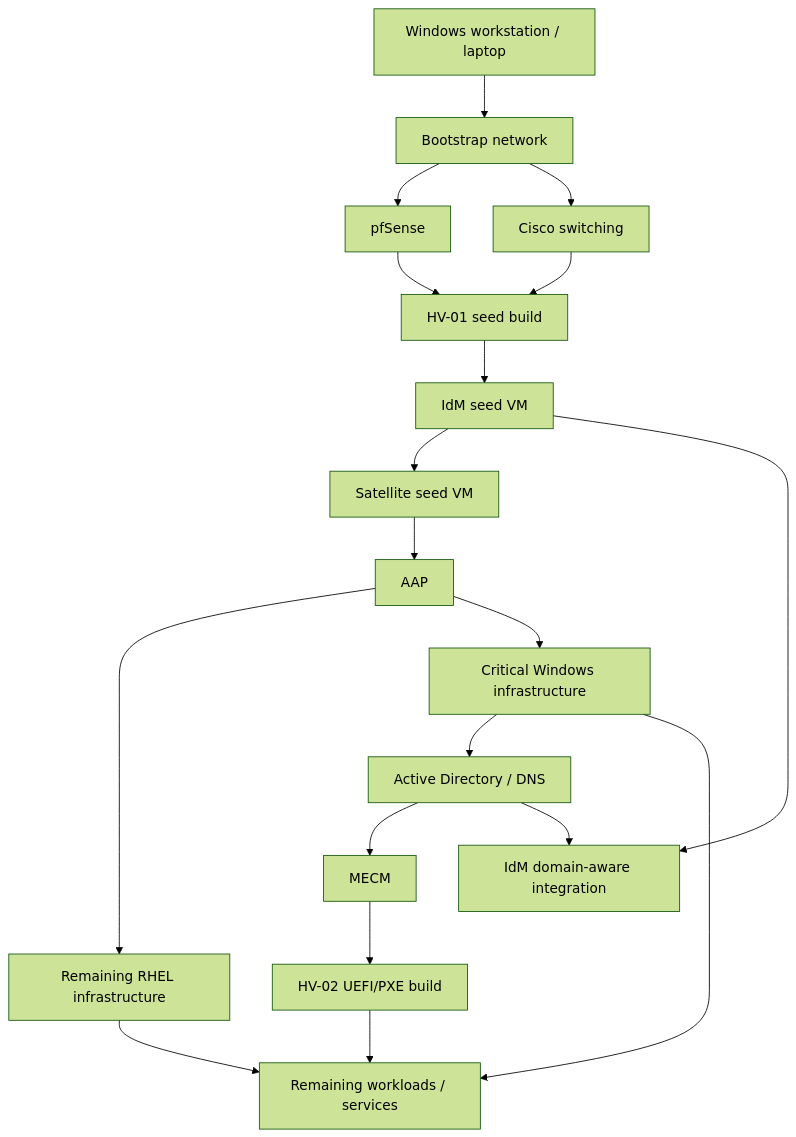
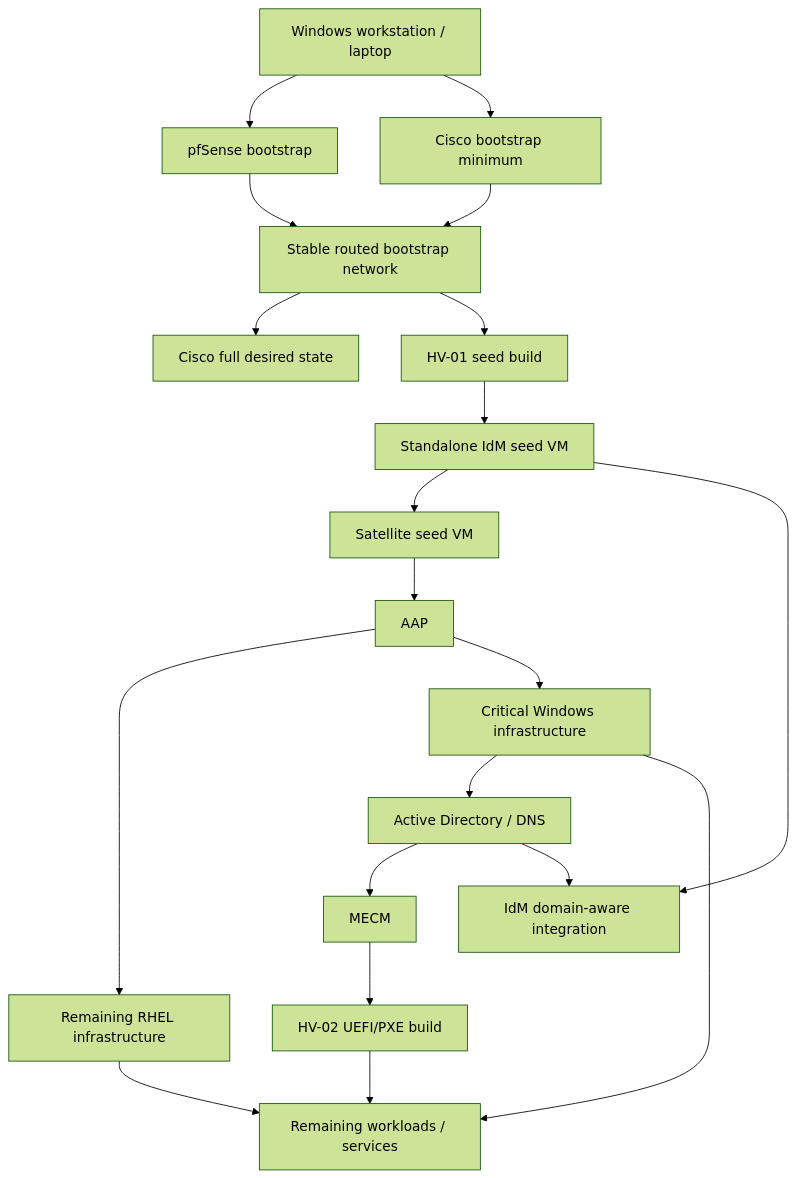
One commit to rathbunr/Operation-Desired-State changed the diagram in docs/BOOTSTRAP-ARCHITECTURE-DRAFT.md. Above: the diagram before and after it, drawn with Mermaid (forest theme). The commit also changed other lines of this file, not shown here.

Commit message:
Refine bootstrap architecture with Cisco desired state and upstream reference reuse

````diff
--- a/docs/BOOTSTRAP-ARCHITECTURE-DRAFT.md
+++ b/docs/BOOTSTRAP-ARCHITECTURE-DRAFT.md
@@ -106,21 +136,22 @@
 ```mermaid
 flowchart TD
-    LAPTOP[Windows workstation / laptop] --> NET[Bootstrap network]
-    NET --> PFSENSE[pfSense]
-    NET --> CISCO[Cisco switching]
-    PFSENSE --> HV1[HV-01 seed build]
-    CISCO --> HV1
-    HV1 --> IDM[IdM seed VM]
+    LAPTOP[Windows workstation / laptop] --> PFSENSE[pfSense bootstrap]
+    LAPTOP --> CISCOBOOT[Cisco bootstrap minimum]
+    PFSENSE --> NET[Stable routed bootstrap network]
+    CISCOBOOT --> NET
+    NET --> CISCOFULL[Cisco full desired state]
+    NET --> HV1[HV-01 seed build]
+    HV1 --> IDM[Standalone IdM seed VM]
     IDM --> SAT[Satellite seed VM]
     SAT --> AAP[AAP]
     AAP --> LINUX[Remaining RHEL infrastructure]
     AAP --> WIN[Critical Windows infrastructure]
     WIN --> AD[Active Directory / DNS]
     AD --> MECM[MECM]
     MECM --> HV2[HV-02 UEFI/PXE build]
     AD --> IDMINT[IdM domain-aware integration]
     IDM --> IDMINT
     HV2 --> REST[Remaining workloads / services]
     LINUX --> REST
     WIN --> REST
 ```
````
